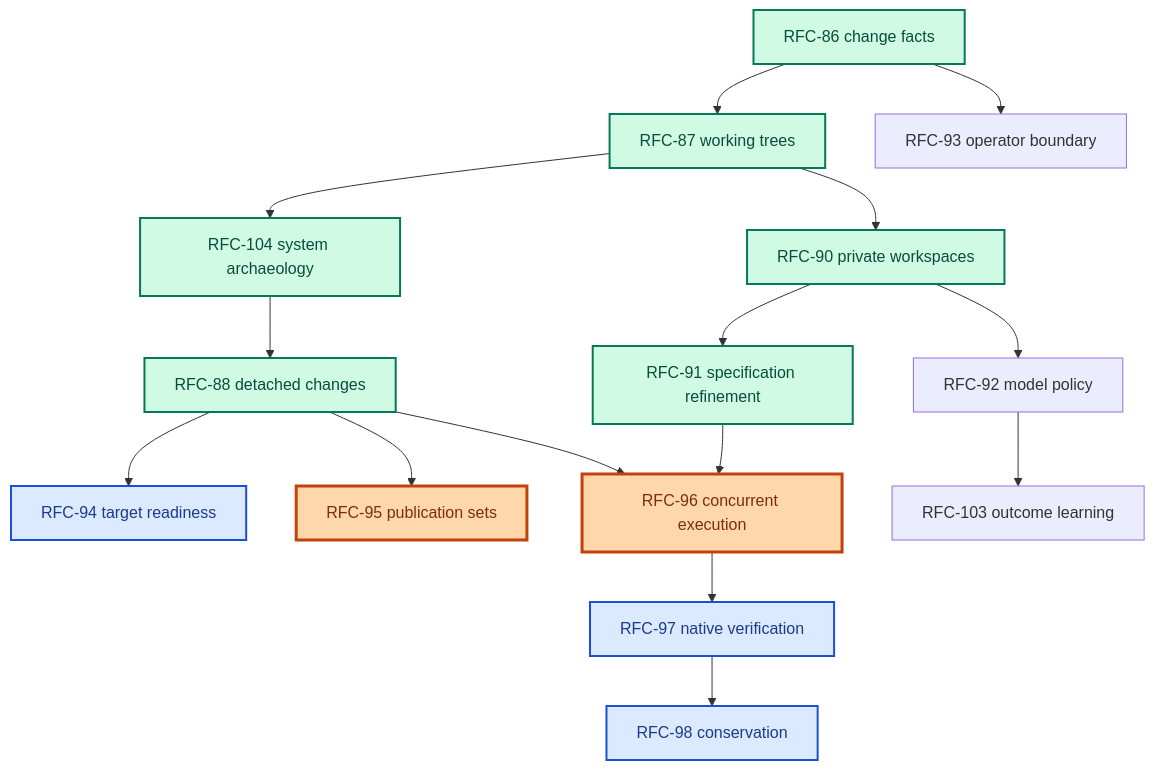
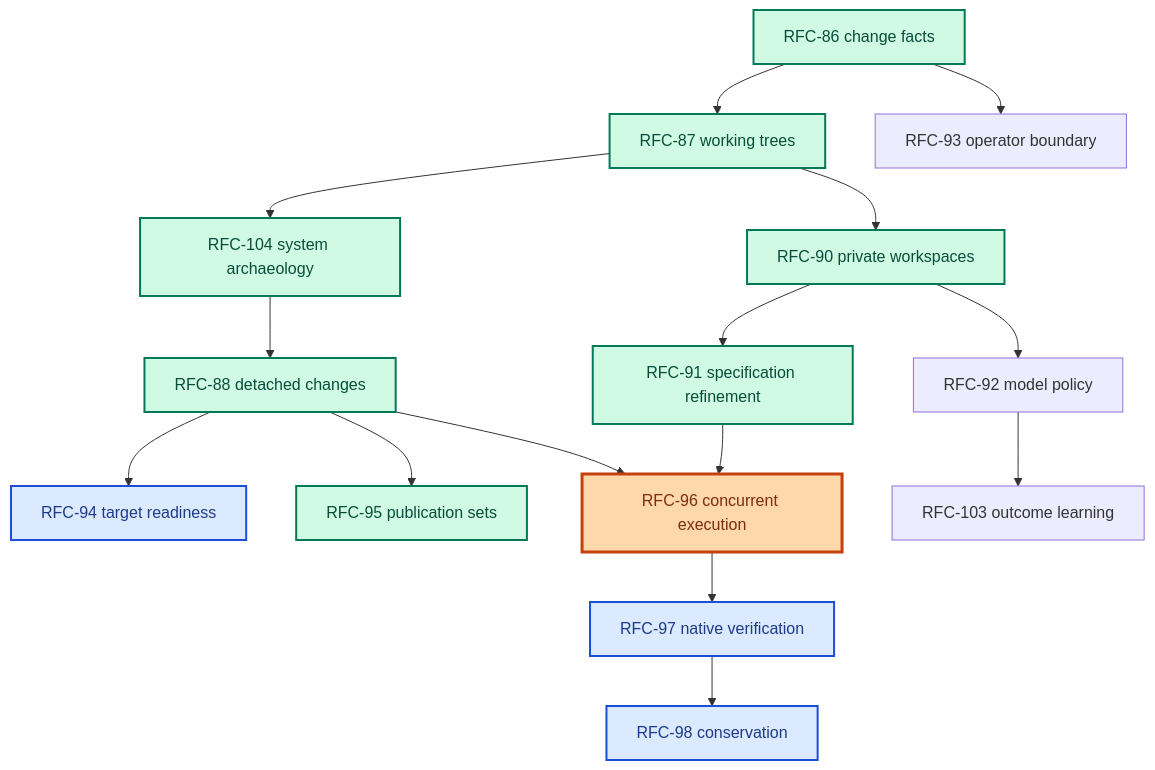
One commit to augentic/anvil changed the diagram in rfcs/platform.md. Above: the diagram before and after it, drawn with Mermaid. The commit also changed other lines of this file and 154 other files, not shown here.

````diff
--- a/rfcs/platform.md
+++ b/rfcs/platform.md
@@ -23,24 +23,24 @@
 ```mermaid
 flowchart TD
     R86[RFC-86 change facts] --> R87[RFC-87 working trees]
     R86 --> R93[RFC-93 operator boundary]
     R87 --> R104[RFC-104 system archaeology]
     R87 --> R90[RFC-90 private workspaces]
     R104 --> R88[RFC-88 detached changes]
     R88 --> R94[RFC-94 target readiness]
     R88 --> R95[RFC-95 publication sets]
     R88 --> R96[RFC-96 concurrent execution]
     R90 --> R91[RFC-91 specification refinement]
     R90 --> R92[RFC-92 model policy]
     R91 --> R96[RFC-96 concurrent execution]
     R92 --> R103[RFC-103 outcome learning]
     R96 --> R97[RFC-97 native verification]
     R97 --> R98[RFC-98 conservation]
 
     classDef done fill:#d1fae5,stroke:#047857,color:#064e3b,stroke-width:2px
     classDef nearterm fill:#fed7aa,stroke:#c2410c,color:#7c2d12,stroke-width:3px
     classDef later fill:#dbeafe,stroke:#1d4ed8,color:#1e3a8a,stroke-width:2px
-    class R86,R87,R88,R90,R91,R104 done
-    class R95,R96 nearterm
+    class R86,R87,R88,R90,R91,R104,R95 done
+    class R96 nearterm
     class R94,R97,R98 later
 ```
````
